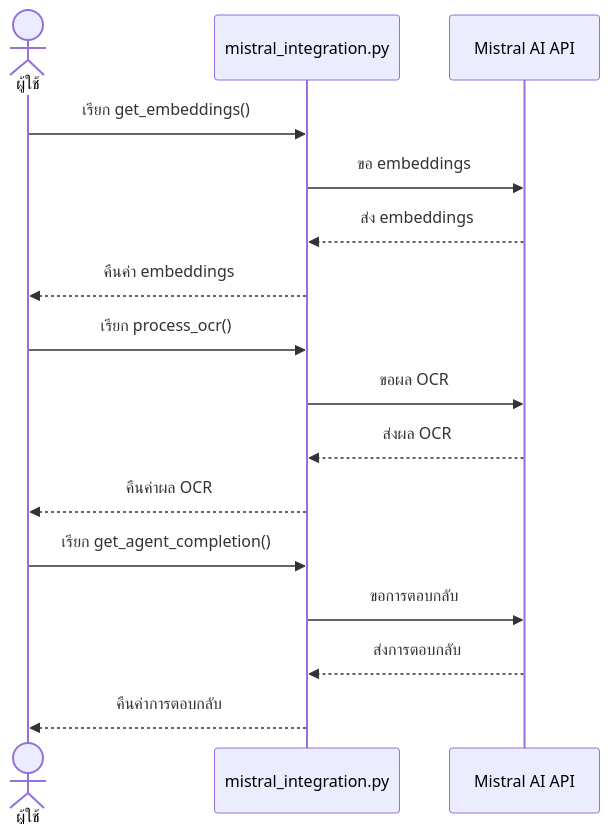
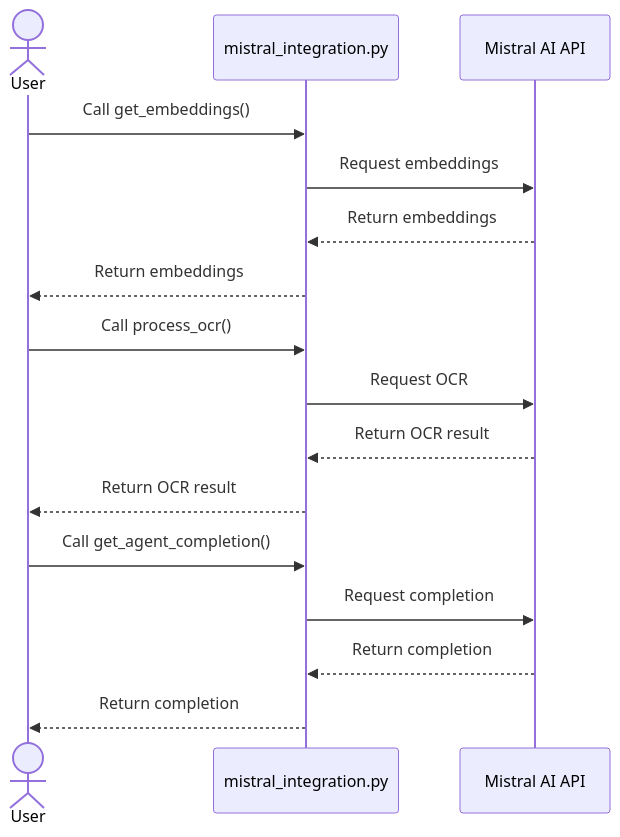
One commit to JonusNattapong/Chain-of-Note changed the third of 4 diagrams in README.md. Above: the diagram before and after it, drawn with Mermaid. The commit also changed other lines of this file, not shown here.

Commit message:
Update README.md to translate workflow and architecture diagrams to English, enhancing clarity for international users

````diff
--- a/README.md
+++ b/README.md
@@ -171,24 +170,24 @@
 ```mermaid
 sequenceDiagram
-    actor ผู้ใช้
+    actor User
     participant Script as mistral_integration.py
     participant Mistral as Mistral AI API
 
     %% Embedding Flow
-    ผู้ใช้->>Script: เรียก get_embeddings()
-    Script->>Mistral: ขอ embeddings
-    Mistral-->>Script: ส่ง embeddings
-    Script-->>ผู้ใช้: คืนค่า embeddings
+    User->>Script: Call get_embeddings()
+    Script->>Mistral: Request embeddings
+    Mistral-->>Script: Return embeddings
+    Script-->>User: Return embeddings
 
     %% OCR Flow
-    ผู้ใช้->>Script: เรียก process_ocr()
-    Script->>Mistral: ขอผล OCR
-    Mistral-->>Script: ส่งผล OCR
-    Script-->>ผู้ใช้: คืนค่าผล OCR
+    User->>Script: Call process_ocr()
+    Script->>Mistral: Request OCR
+    Mistral-->>Script: Return OCR result
+    Script-->>User: Return OCR result
 
     %% Agent Completion Flow
-    ผู้ใช้->>Script: เรียก get_agent_completion()
-    Script->>Mistral: ขอการตอบกลับ
-    Mistral-->>Script: ส่งการตอบกลับ
-    Script-->>ผู้ใช้: คืนค่าการตอบกลับ
+    User->>Script: Call get_agent_completion()
+    Script->>Mistral: Request completion
+    Mistral-->>Script: Return completion
+    Script-->>User: Return completion
 ```
````
